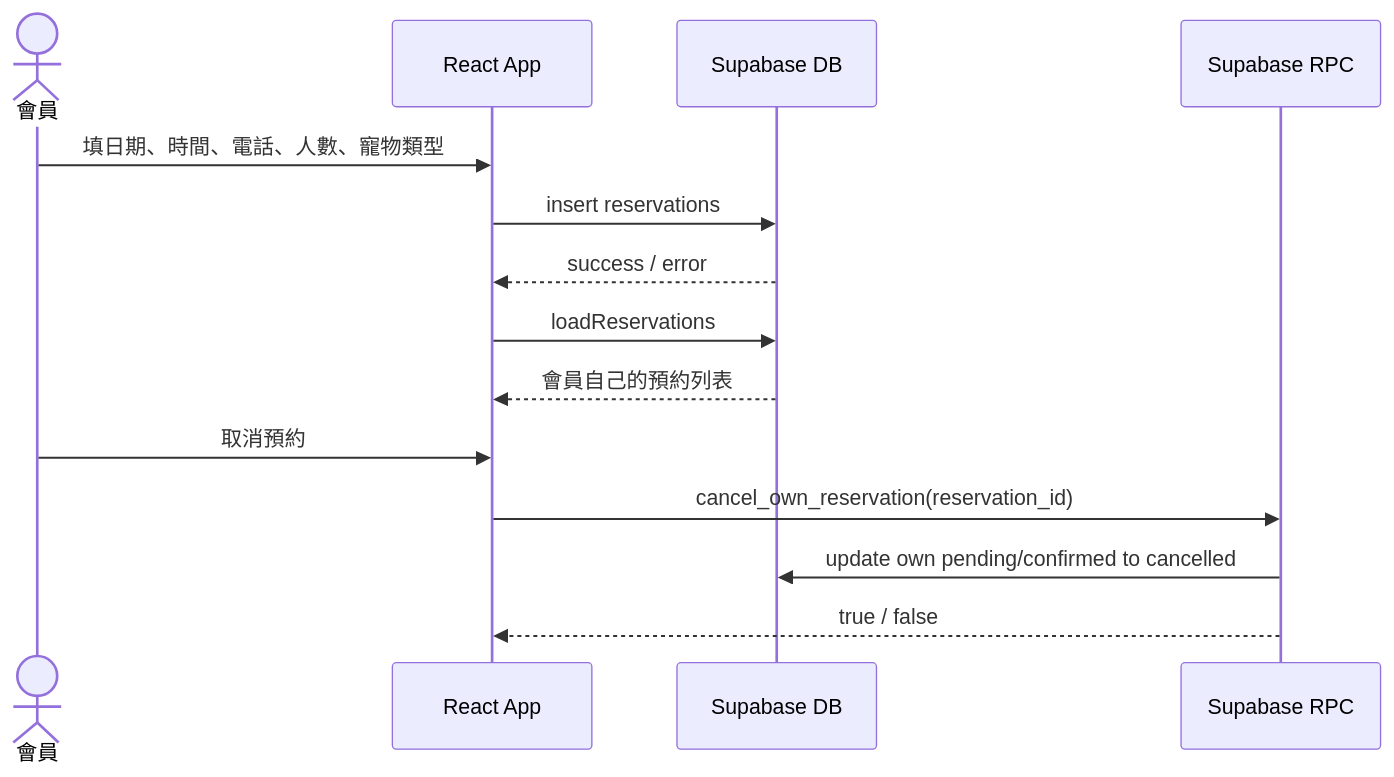
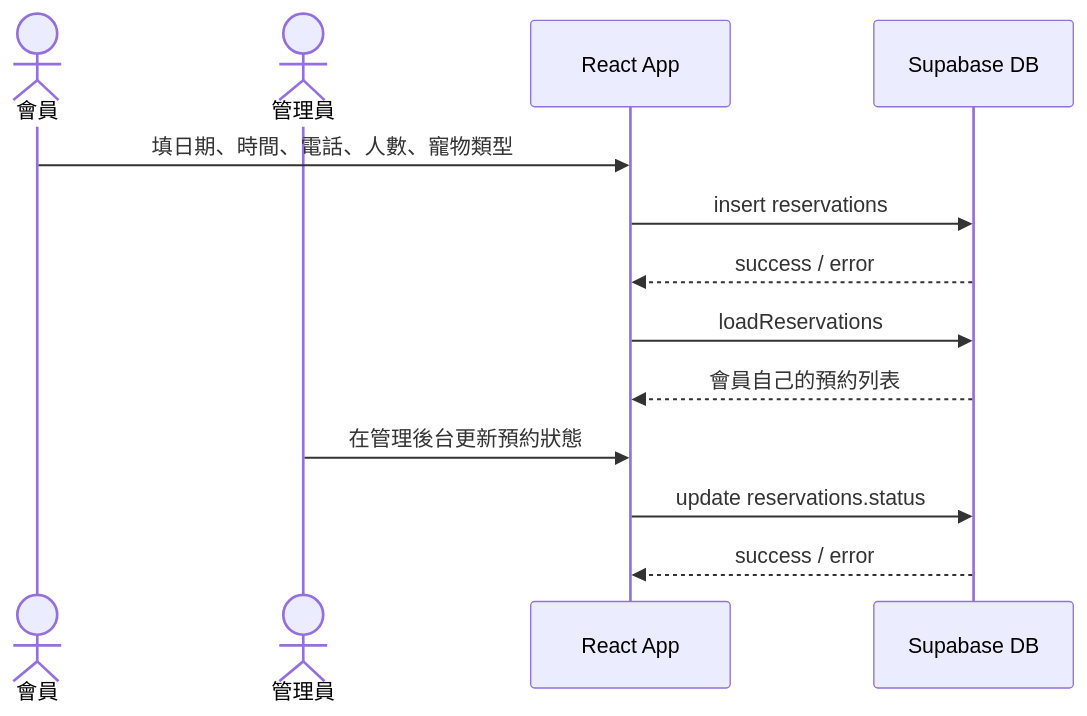
One commit to XiaoXiang1998/pet-cafe-home changed the fourth of 6 diagrams in docs/architecture-zh.md. Above: the diagram before and after it, drawn with Mermaid. The commit also changed other lines of this file and 2 other files, not shown here.

Commit message:
docs: correct reservation cancellation flow

````diff
--- a/docs/architecture-zh.md
+++ b/docs/architecture-zh.md
@@ -102,17 +101,16 @@
 ```mermaid
 sequenceDiagram
   actor Member as 會員
+  actor Admin as 管理員
   participant App as React App
   participant DB as Supabase DB
-  participant RPC as Supabase RPC
 
   Member->>App: 填日期、時間、電話、人數、寵物類型
   App->>DB: insert reservations
   DB-->>App: success / error
   App->>DB: loadReservations
   DB-->>App: 會員自己的預約列表
-  Member->>App: 取消預約
-  App->>RPC: cancel_own_reservation(reservation_id)
-  RPC->>DB: update own pending/confirmed to cancelled
-  RPC-->>App: true / false
+  Admin->>App: 在管理後台更新預約狀態
+  App->>DB: update reservations.status
+  DB-->>App: success / error
 ```
````
